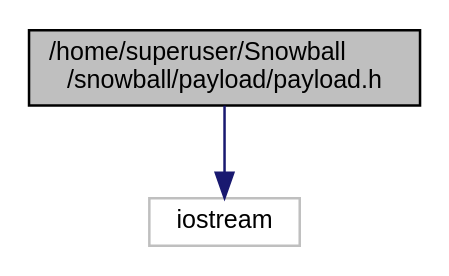
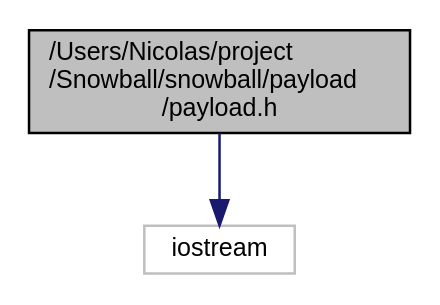
One commit to HexDumper/Snowball changed the diagram in snowball/documentation/rtf/payload_8h__incl.dot. Above: the diagram before and after it, drawn with Graphviz. The commit also changed 330 other files, not shown here.

```diff
--- a/snowball/documentation/rtf/payload_8h__incl.dot
+++ b/snowball/documentation/rtf/payload_8h__incl.dot
@@ -1,8 +1,8 @@
-digraph "/home/superuser/Snowball/snowball/payload/payload.h"
+digraph "/Users/Nicolas/project/Snowball/snowball/payload/payload.h"
 {
   edge [fontname="Helvetica",fontsize="10",labelfontname="Helvetica",labelfontsize="10"];
   node [fontname="Helvetica",fontsize="10",shape=record];
-  Node1 [label="/home/superuser/Snowball\l/snowball/payload/payload.h",height=0.2,width=0.4,color="black", fillcolor="grey75", style="filled", fontcolor="black"];
-  Node1 -> Node2 [color="midnightblue",fontsize="10",style="solid",fontname="Helvetica"];
-  Node2 [label="iostream",height=0.2,width=0.4,color="grey75", fillcolor="white", style="filled"];
+  Node0 [label="/Users/Nicolas/project\l/Snowball/snowball/payload\l/payload.h",height=0.2,width=0.4,color="black", fillcolor="grey75", style="filled", fontcolor="black"];
+  Node0 -> Node1 [color="midnightblue",fontsize="10",style="solid",fontname="Helvetica"];
+  Node1 [label="iostream",height=0.2,width=0.4,color="grey75", fillcolor="white", style="filled"];
 }
```
